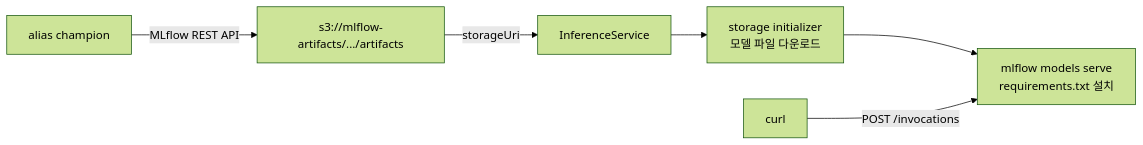
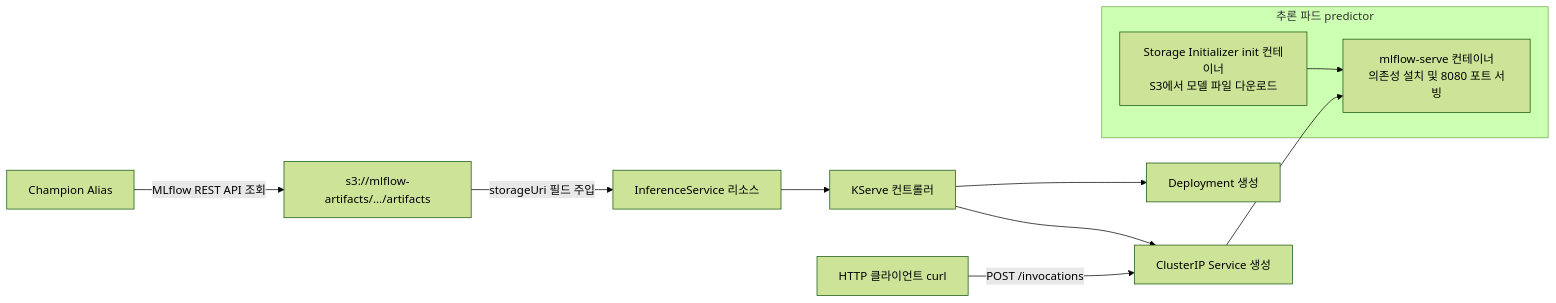
The diagram in mlops/ml-platform-engineering-part2/docs/12-lab1-model-serving.md (choisungwook/portfolio), drawn with Mermaid (forest theme) before and after one commit. The commit also changed other lines of this file and 16 other files, not shown here.

````diff
--- a/mlops/ml-platform-engineering-part2/docs/12-lab1-model-serving.md
+++ b/mlops/ml-platform-engineering-part2/docs/12-lab1-model-serving.md
@@ -61,8 +49,12 @@
 ```mermaid
 flowchart LR
-  Alias["alias champion"] -->|"MLflow REST API"| Path["s3://mlflow-artifacts/.../artifacts"]
-  Path -->|"storageUri"| ISVC[InferenceService]
-  ISVC --> Init[storage initializer<br/>모델 파일 다운로드]
-  Init --> Srv[mlflow models serve<br/>requirements.txt 설치]
-  Client[curl] -->|"POST /invocations"| Srv
+  Alias[Champion Alias] -->|"MLflow REST API 조회"| Path["s3://mlflow-artifacts/.../artifacts"]
+  Path -->|"storageUri 필드 주입"| ISVC[InferenceService 리소스]
+  ISVC --> KCtrl[KServe 컨트롤러]
+  KCtrl --> Dep[Deployment 생성]
+  KCtrl --> Svc[ClusterIP Service 생성]
+  subgraph Pod[추론 파드 predictor]
+    Init[Storage Initializer init 컨테이너<br/>S3에서 모델 파일 다운로드] --> Main[mlflow-serve 컨테이너<br/>의존성 설치 및 8080 포트 서빙]
+  end
+  Client[HTTP 클라이언트 curl] -->|"POST /invocations"| Svc --> Main
 ```
````
